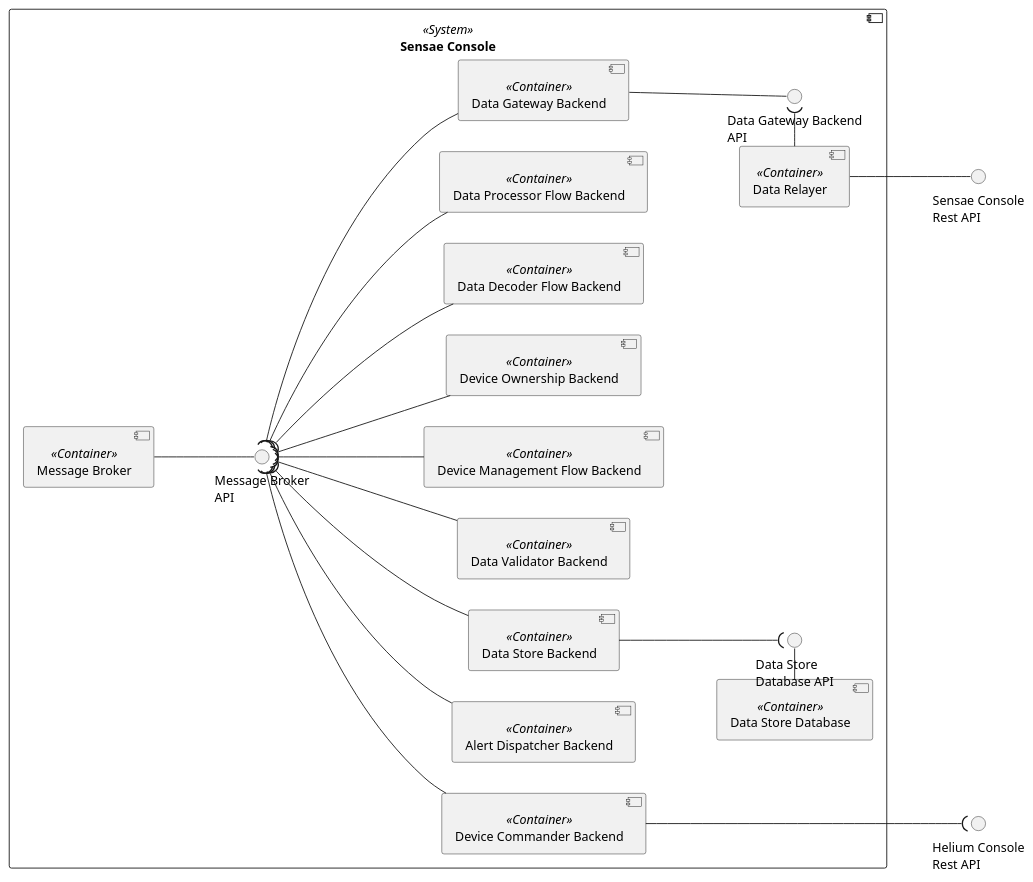
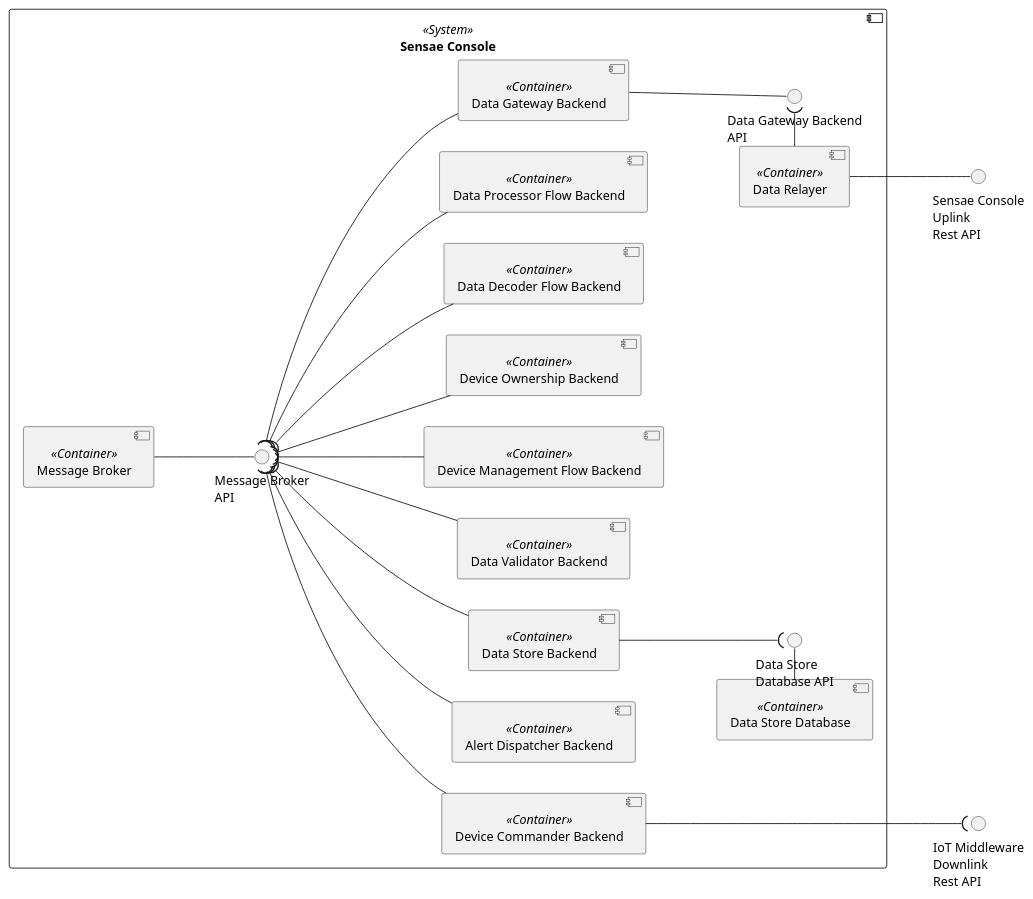
One commit to FilipeMCruz/dissertation changed the diagram in assets/diagrams/design/architectural/level2/logical/data-flow.pu. Above: the diagram before and after it, drawn with PlantUML. The commit also changed 77 other files, not shown here.

Commit message:
Added some more diagrams

```diff
--- a/assets/diagrams/design/architectural/level2/logical/data-flow.pu
+++ b/assets/diagrams/design/architectural/level2/logical/data-flow.pu
@@ -1,66 +1,66 @@
 @startuml data-flow
 
 left to right direction
 
 skinparam sequenceMessageAlign center
 skinparam Shadowing false
 skinparam componentStyle uml2
 skinparam packageStyle rectangle
 
-interface "Sensae Console\nRest API" as IN_ENDPOINT
-interface "Helium Console\nRest API" as OUT_ENDPOINT
+interface "Sensae Console\nUplink\nRest API" as IN_ENDPOINT
+interface "IoT Middleware\nDownlink\nRest API" as OUT_ENDPOINT
 
 component "Sensae Console" <<System>> {
     component "Message Broker" as MB <<Container>> 
 
     component "Data Gateway Backend" as DDG <<Container>> 
     component "Data Relayer" as DR <<Container>> 
     component "Data Processor Flow Backend" as DPSB <<Container>> 
     component "Data Decoder Flow Backend" as DDSB <<Container>> 
     component "Data Validator Backend" as DVB <<Container>> 
     component "Device Management Flow Backend" as DRSB <<Container>> 
     component "Data Store Backend" as DS <<Container>> 
     component "Data Store Database" as MONGODB <<Container>> 
     component "Device Ownership Backend" as IAMSB <<Container>> 
     component "Device Commander Backend" as DCB <<Container>> 
 
     component "Alert Dispatcher Backend" as ALERT_BACK <<Container>>  
 
     interface "Message Broker\nAPI" as MB_API
     interface "Data Store\nDatabase API" as MONGODB_API
     interface "Data Gateway Backend\nAPI" as DDG_API
 
     DS --( MONGODB_API
     DDG -- DDG_API
     MB -- MB_API
     MONGODB - MONGODB_API
 
     MB_API )--- DS
     MB_API )--- DDG
     MB_API )--- DVB
     MB_API )--- DRSB
     MB_API )--- DPSB
     MB_API )--- DDSB
     MB_API )--- IAMSB
     MB_API )--- DCB
     MB_API )--- ALERT_BACK
 
     DR -- IN_ENDPOINT
     ' DDG_API )- DR
     DR -( DDG_API
     DCB ---( OUT_ENDPOINT
 
     DPSB -[hidden]- DR
 
     DCB -[hidden] ALERT_BACK
     ALERT_BACK -[hidden] DS
     DS -[hidden] DVB
     DVB -[hidden] DRSB
     DRSB -[hidden] IAMSB
     IAMSB -[hidden] DDSB
     DDSB -[hidden] DPSB
     DPSB -[hidden] DDG
 
 }
 
 @enduml
```
